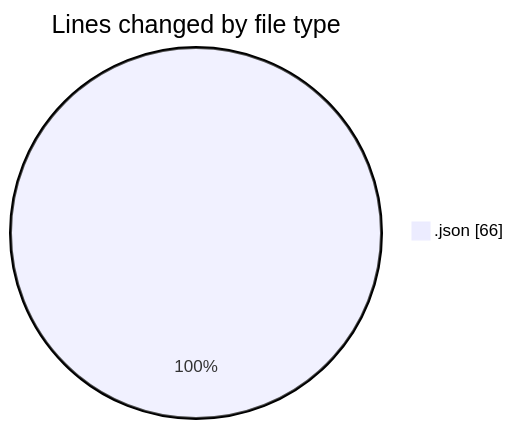
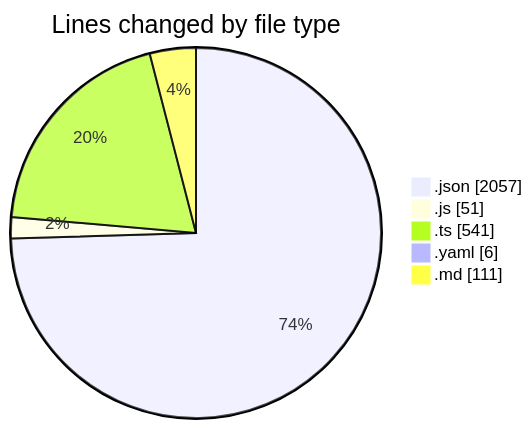
One commit to ernivani/code-tracking changed the first of 2 diagrams in 2024-12-29/my-code-activity-ext/README.md. Above: the diagram before and after it, drawn with Mermaid. The commit also changed other lines of this file and 2 other files, not shown here.

````diff
--- a/2024-12-29/my-code-activity-ext/README.md
+++ b/2024-12-29/my-code-activity-ext/README.md
@@ -20,5 +31,9 @@
 ```mermaid
 pie showData
 title Lines changed by file type
-".json" : 66
+".json" : 2057
+".js" : 51
+".ts" : 541
+".yaml" : 6
+".md" : 111
 ```
````
